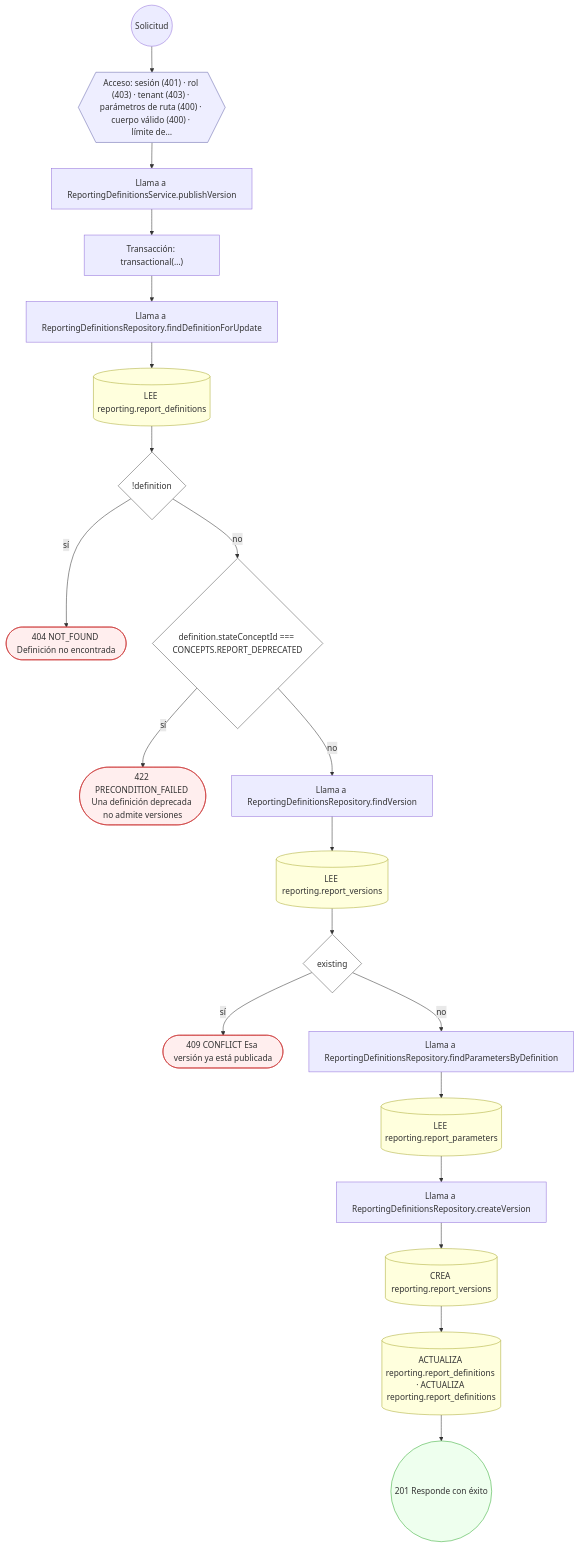
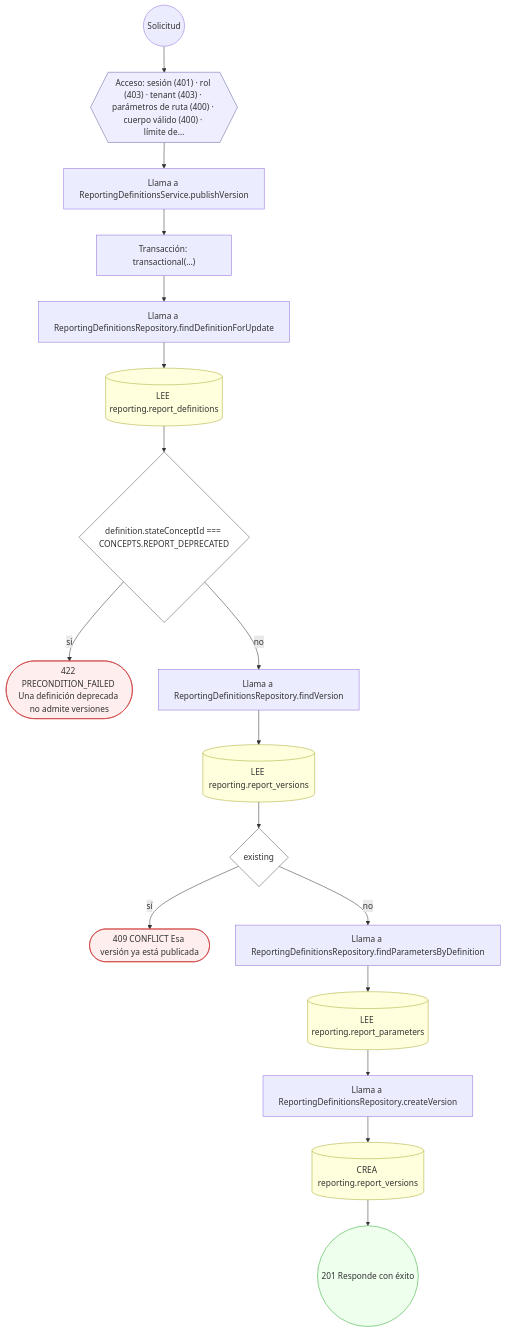
One commit to mdavila-2001/mantra-core-health-api changed the eighth of 13 diagrams in docs/inventario/flujos/reporting.md. Above: the diagram before and after it, drawn with Mermaid. The commit also changed other lines of this file and 438 other files, not shown here.

````diff
--- a/docs/inventario/flujos/reporting.md
+++ b/docs/inventario/flujos/reporting.md
@@ -599,48 +567,42 @@
 ```mermaid
 flowchart TD
   n1(("Solicitud")):::inicio
   n2{{"Acceso: sesión (401) · rol (403) · tenant (403) · parámetros de ruta (400) · cuerpo válido (400) · límite de…"}}:::acceso
   n1 --> n2
   n3["Llama a ReportingDefinitionsService.publishVersion"]:::llamada
   n2 --> n3
   n4["Transacción: transactional(…)"]:::transaccion
   n3 --> n4
   n5["Llama a ReportingDefinitionsRepository.findDefinitionForUpdate"]:::llamada
   n4 --> n5
   n6[("LEE reporting.report_definitions")]:::efecto
   n5 --> n6
-  n7{"!definition"}:::decision
+  n7{"definition.stateConceptId === CONCEPTS.REPORT_DEPRECATED"}:::decision
   n6 --> n7
-  n8(["404 NOT_FOUND Definición no encontrada"]):::error
+  n8(["422 PRECONDITION_FAILED Una definición deprecada no admite versiones"]):::error
   n7 -->|"sí"| n8
-  n9{"definition.stateConceptId === CONCEPTS.REPORT_DEPRECATED"}:::decision
+  n9["Llama a ReportingDefinitionsRepository.findVersion"]:::llamada
   n7 -->|"no"| n9
-  n10(["422 PRECONDITION_FAILED Una definición deprecada no admite versiones"]):::error
-  n9 -->|"sí"| n10
-  n11["Llama a ReportingDefinitionsRepository.findVersion"]:::llamada
-  n9 -->|"no"| n11
-  n12[("LEE reporting.report_versions")]:::efecto
-  n11 --> n12
-  n13{"existing"}:::decision
-  n12 --> n13
-  n14(["409 CONFLICT Esa versión ya está publicada"]):::error
-  n13 -->|"sí"| n14
-  n15["Llama a ReportingDefinitionsRepository.findParametersByDefinition"]:::llamada
-  n13 -->|"no"| n15
-  n16[("LEE reporting.report_parameters")]:::efecto
+  n10[("LEE reporting.report_versions")]:::efecto
+  n9 --> n10
+  n11{"existing"}:::decision
+  n10 --> n11
+  n12(["409 CONFLICT Esa versión ya está publicada"]):::error
+  n11 -->|"sí"| n12
+  n13["Llama a ReportingDefinitionsRepository.findParametersByDefinition"]:::llamada
+  n11 -->|"no"| n13
+  n14[("LEE reporting.report_parameters")]:::efecto
+  n13 --> n14
+  n15["Llama a ReportingDefinitionsRepository.createVersion"]:::llamada
+  n14 --> n15
+  n16[("CREA reporting.report_versions")]:::efecto
   n15 --> n16
-  n17["Llama a ReportingDefinitionsRepository.createVersion"]:::llamada
+  n17(("201 Responde con éxito")):::ok
   n16 --> n17
-  n18[("CREA reporting.report_versions")]:::efecto
-  n17 --> n18
-  n19[("ACTUALIZA reporting.report_definitions · ACTUALIZA reporting.report_definitions")]:::efecto
-  n18 --> n19
-  n20(("201 Responde con éxito")):::ok
-  n19 --> n20
   classDef acceso fill:#eef,stroke:#66a
   classDef error fill:#fee,stroke:#c33
   classDef ok fill:#efe,stroke:#3a3
   classDef efecto fill:#ffd,stroke:#aa3
   classDef decision fill:#fff,stroke:#555
   classDef corte fill:#eee,stroke:#999,stroke-dasharray: 4
 ```
````
